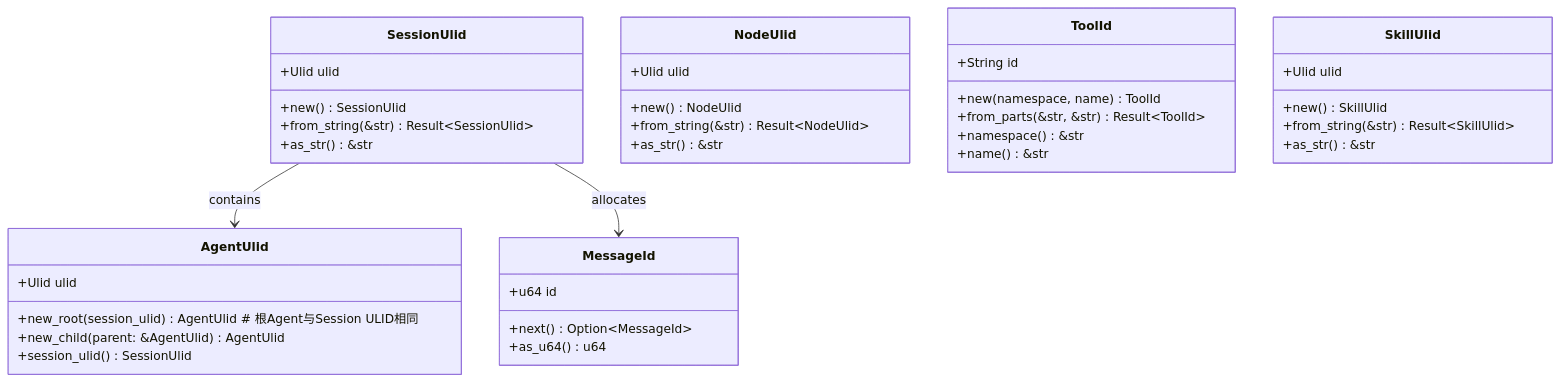
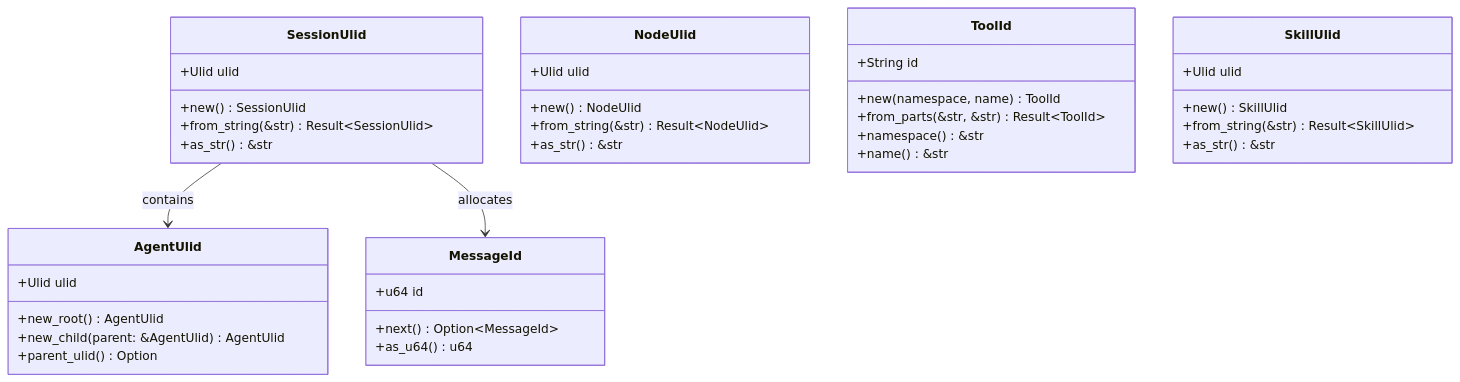
One commit to MiyakoMeow/neco changed the first of 5 diagrams in progress/TECH-SESSION.md. Above: the diagram before and after it, drawn with Mermaid. The commit also changed 2 other files, not shown here.

Commit message:
docs: 修复第三轮 coderabbitai 提出的4个技术文档问题

````diff
--- a/progress/TECH-SESSION.md
+++ b/progress/TECH-SESSION.md
@@ -16,47 +16,47 @@
 ```mermaid
 classDiagram
     class SessionUlid {
         +Ulid ulid
         +new() SessionUlid
         +from_string(&str) Result~SessionUlid~
         +as_str() &str
     }
     
     class AgentUlid {
         +Ulid ulid
-        +new_root(session_ulid) AgentUlid  # 根Agent与Session ULID相同
+        +new_root() AgentUlid
         +new_child(parent: &AgentUlid) AgentUlid
-        +session_ulid() SessionUlid
+        +parent_ulid() Option<Ulid>
     }
     
     class MessageId {
         +u64 id
         +next() Option~MessageId~
         +as_u64() u64
     }
     
     class NodeUlid {
         +Ulid ulid
         +new() NodeUlid
         +from_string(&str) Result~NodeUlid~
         +as_str() &str
     }
     
     class ToolId {
         +String id
         +new(namespace, name) ToolId
         +from_parts(&str, &str) Result~ToolId~
         +namespace() &str
         +name() &str
     }
     
     class SkillUlid {
         +Ulid ulid
         +new() SkillUlid
         +from_string(&str) Result~SkillUlid~
         +as_str() &str
     }
     
     SessionUlid --> AgentUlid : contains
     SessionUlid --> MessageId : allocates
 ```
````
